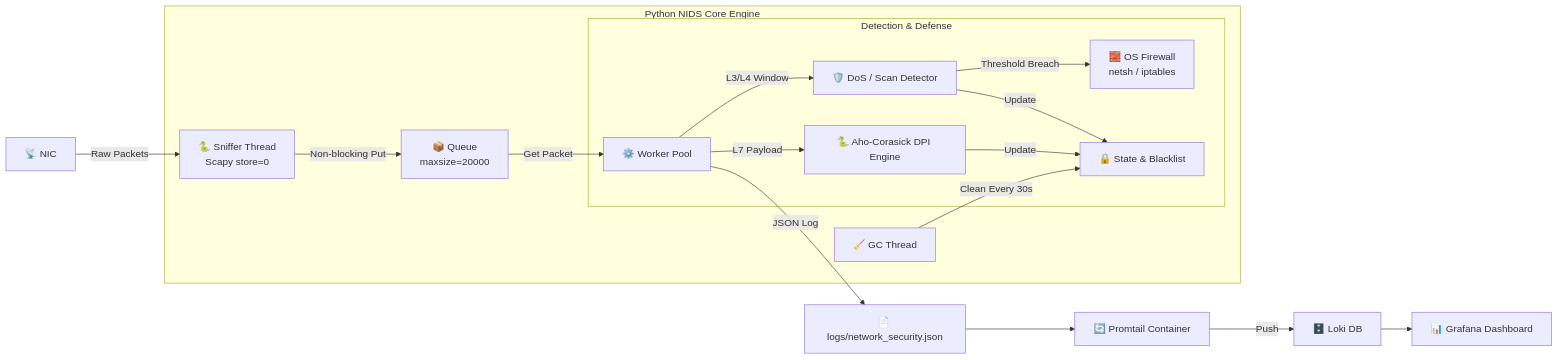
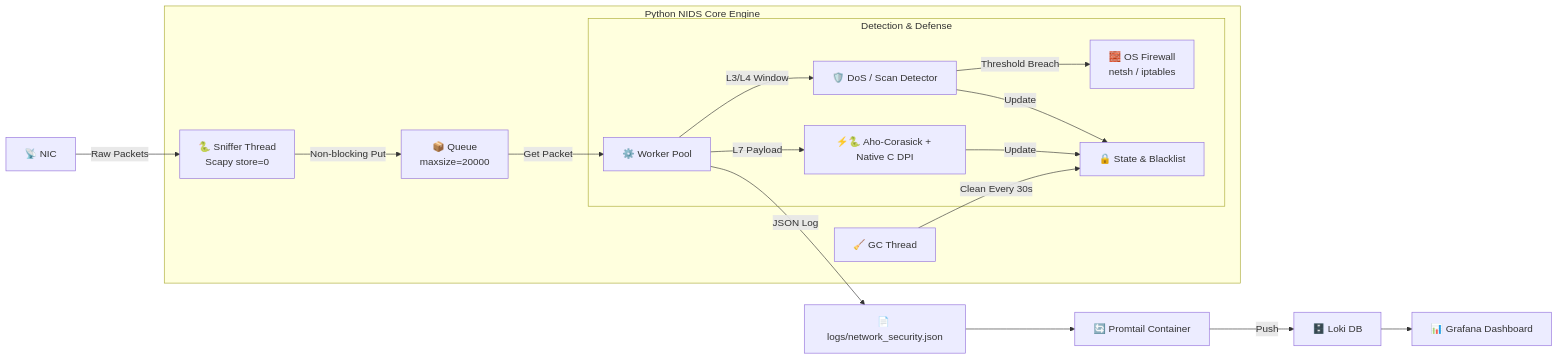
One commit to RazEini/NetGuard changed the diagram in README.md. Above: the diagram before and after it, drawn with Mermaid. The commit also changed other lines of this file, not shown here.

First line of the commit message:
Revise README for DPI engine details and clarity

````diff
--- a/README.md
+++ b/README.md
@@ -29,26 +29,26 @@
 ```mermaid
 flowchart LR
     %% Traffic Input
     NIC[📡 NIC] -->|Raw Packets| SnifferThread[🐍 Sniffer Thread<br>Scapy store=0]
 
     %% Core Engine
     subgraph Engine [Python NIDS Core Engine]
         SnifferThread -->|Non-blocking Put| Queue[📦 Queue<br>maxsize=20000]
         Queue -->|Get Packet| Worker[⚙️ Worker Pool]
 
         subgraph Detection [Detection & Defense]
             Worker -->|L3/L4 Window| Anomaly[🛡️ DoS / Scan Detector]
-            Worker -->|L7 Payload| DPI[🐍 Aho-Corasick DPI Engine]
+            Worker -->|L7 Payload| DPI[⚡🐍 Aho-Corasick + Native C DPI]
             Anomaly -->|Threshold Breach| Firewall[🧱 OS Firewall<br>netsh / iptables]
             Anomaly & DPI -->|Update| State[🔒 State & Blacklist]
         end
 
         GC[🧹 GC Thread] -->|Clean Every 30s| State
     end
 
     %% Logging & Observability
     Worker -->|JSON Log| LogFile[📄 logs/network_security.json]
     LogFile --> Promtail[🔄 Promtail Container]
     Promtail -->|Push| Loki[🗄️ Loki DB]
     Loki --> Grafana[📊 Grafana Dashboard]
 ```
````
